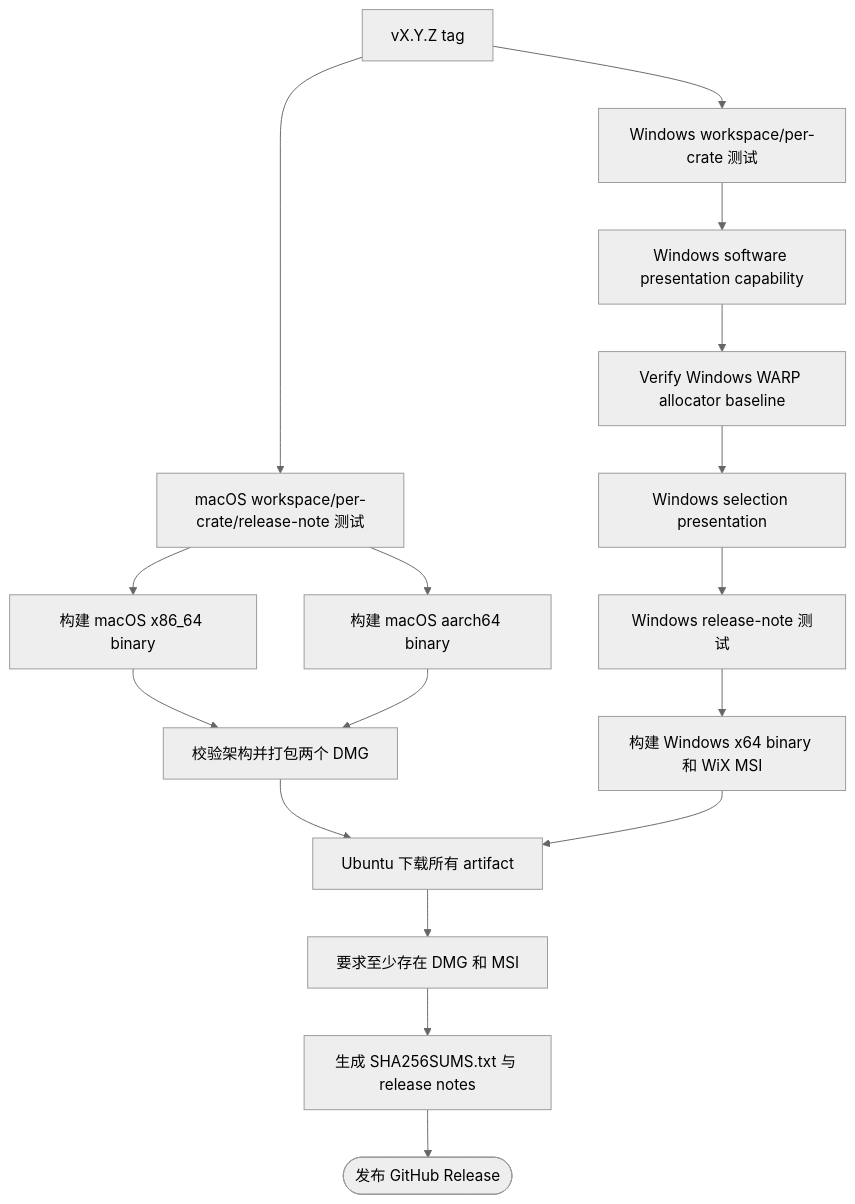
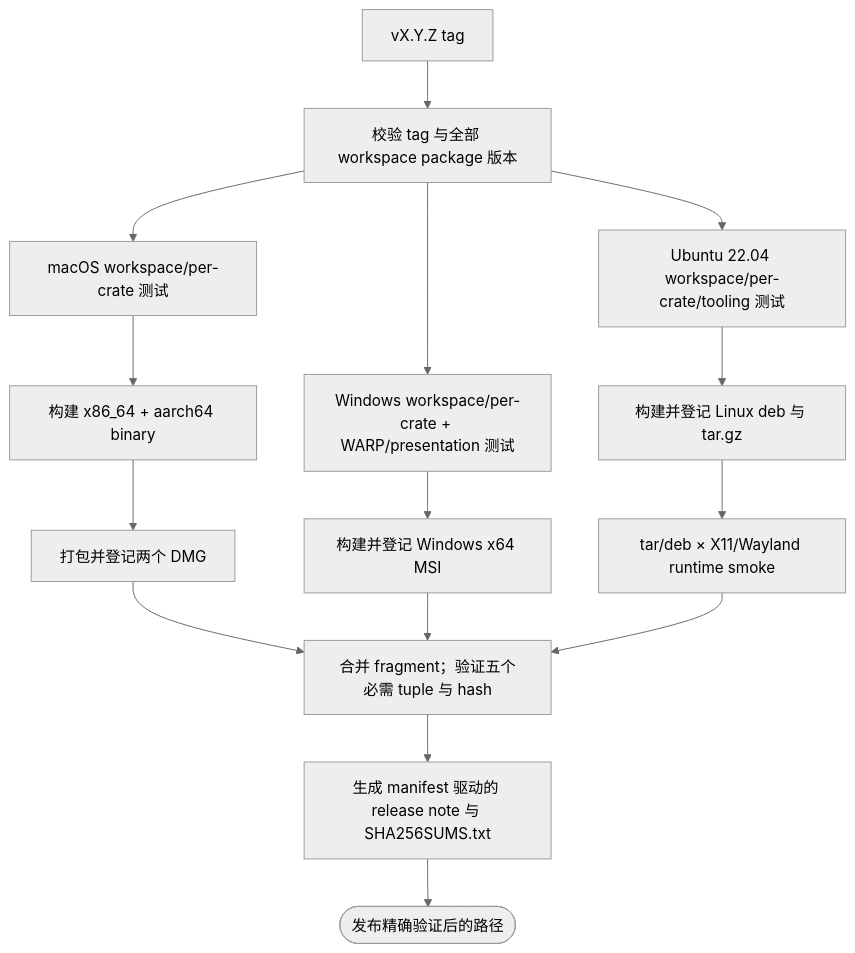
One commit to D0n9X1n/SonicTerm changed the fourth of 4 diagrams in wiki/Development-and-Release.md. Above: the diagram before and after it, drawn with Mermaid (neutral theme). The commit also changed other lines of this file and 70 other files, not shown here.

First line of the commit message:
feat(linux): ship runnable terminal and release packages (#1134)

````diff
--- a/wiki/Development-and-Release.md
+++ b/wiki/Development-and-Release.md
@@ -584,35 +628,28 @@
 ```mermaid
 flowchart TD
     tag["vX.Y.Z tag"]
-    mactest["macOS workspace/per-crate/release-note 测试"]
-    wintest["Windows workspace/per-crate 测试"]
-    softpresent["Windows software presentation capability"]
-    warp["Verify Windows WARP allocator baseline"]
-    selection["Windows selection presentation"]
-    notes["Windows release-note 测试"]
-    macx86["构建 macOS x86_64 binary"]
-    macarm["构建 macOS aarch64 binary"]
-    dmg["校验架构并打包两个 DMG"]
-    msi["构建 Windows x64 binary 和 WiX MSI"]
-    download["Ubuntu 下载所有 artifact"]
-    require["要求至少存在 DMG 和 MSI"]
-    sums["生成 SHA256SUMS.txt 与 release notes"]
-    publish(["发布 GitHub Release"])
+    validate["校验 tag 与全部 workspace package 版本"]
+    mactest["macOS workspace/per-crate 测试"]
+    wintest["Windows workspace/per-crate + WARP/presentation 测试"]
+    linuxtest["Ubuntu 22.04 workspace/per-crate/tooling 测试"]
+    macbuild["构建 x86_64 + aarch64 binary"]
+    dmg["打包并登记两个 DMG"]
+    msi["构建并登记 Windows x64 MSI"]
+    linuxpkg["构建并登记 Linux deb 与 tar.gz"]
+    linuxsmoke["tar/deb × X11/Wayland runtime smoke"]
+    manifest["合并 fragment；验证五个必需 tuple 与 hash"]
+    notes["生成 manifest 驱动的 release note 与 SHA256SUMS.txt"]
+    publish(["发布精确验证后的路径"])
 
-    tag --> mactest
-    tag --> wintest
-    wintest --> softpresent
-    softpresent --> warp
-    warp --> selection
-    selection --> notes
-    mactest --> macx86
-    mactest --> macarm
-    macx86 --> dmg
-    macarm --> dmg
-    notes --> msi
-    dmg --> download
-    msi --> download
-    download --> require
-    require --> sums
-    sums --> publish
+    tag --> validate
+    validate --> mactest
+    validate --> wintest
+    validate --> linuxtest
+    mactest --> macbuild --> dmg
+    wintest --> msi
+    linuxtest --> linuxpkg --> linuxsmoke
+    dmg --> manifest
+    msi --> manifest
+    linuxsmoke --> manifest
+    manifest --> notes --> publish
 ```
````
